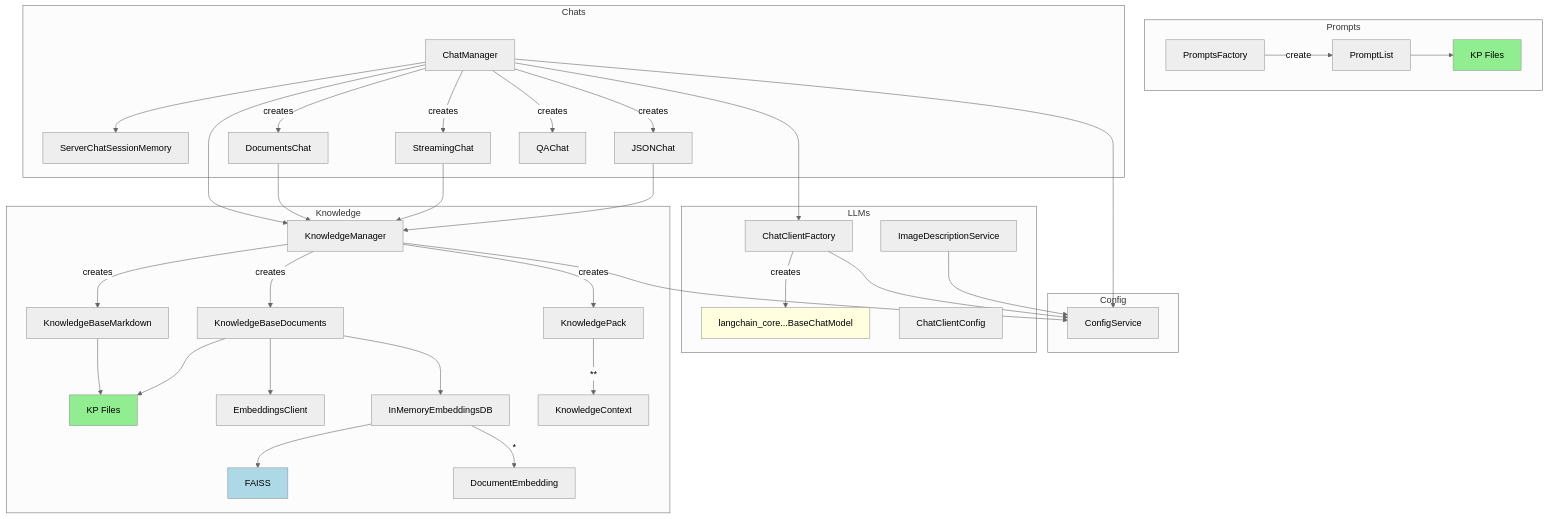
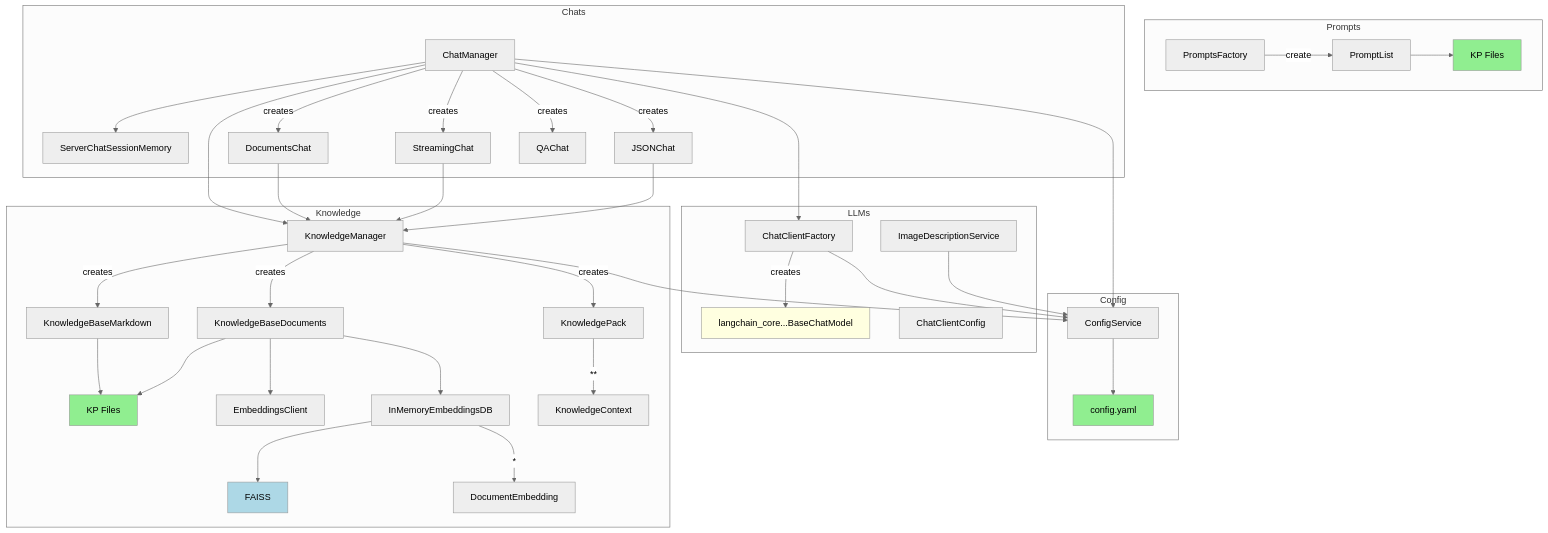
The first of 2 diagrams in docs/design.md (tw-haiven/haiven), drawn with Mermaid before and after one commit. The commit also changed other lines of this file, not shown here.

Commit message:
docs: Add config.yaml to overview

````diff
--- a/docs/design.md
+++ b/docs/design.md
@@ -8,67 +12,68 @@
 ```mermaid
 %%{init: {'theme': 'neutral' } }%%
 
 graph TD;
 
     subgraph Config
         ConfigService
+        ConfigService --> FilesystemConfig[config.yaml]
     end
 
     subgraph LLMs
         ChatClientFactory --> |creates| BaseChatModel[langchain_core...BaseChatModel]
         ChatClientConfig
         ImageDescriptionService
     end
 
     ChatClientFactory --> ConfigService
 
-    
     subgraph Knowledge
         KnowledgeManager
         KnowledgeManager --> |creates| KnowledgeBaseMarkdown
         
         KnowledgeBaseMarkdown --> FilesystemKnowledge[KP Files]
         KnowledgeManager --> |creates| KnowledgeBaseDocuments
         KnowledgeManager --> |creates| KnowledgePack
         KnowledgeBaseDocuments --> FilesystemKnowledge
         KnowledgeBaseDocuments --> EmbeddingsClient
         KnowledgeBaseDocuments --> InMemoryEmbeddingsDB
         InMemoryEmbeddingsDB --> FAISS
         
         InMemoryEmbeddingsDB --> |*| DocumentEmbedding
         KnowledgePack -->|**| KnowledgeContext
     end
 
     KnowledgeManager --> ConfigService
 
     subgraph Prompts
         PromptsFactory --> |create| PromptList
         PromptList --> FilesystemPrompts[KP Files]
     end
 
     subgraph Chats
         ChatManager
         ChatManager --> ServerChatSessionMemory
         
         ChatManager --> |creates| DocumentsChat
         ChatManager --> |creates| JSONChat
         ChatManager --> |creates| StreamingChat
         ChatManager --> |creates| QAChat
     end
 
     ChatManager --> ConfigService
     ChatManager --> ChatClientFactory
     ChatManager --> KnowledgeManager
 
     DocumentsChat --> KnowledgeManager
     StreamingChat --> KnowledgeManager
     JSONChat --> KnowledgeManager
 
     ImageDescriptionService --> ConfigService
 
     style BaseChatModel fill:lightyellow
     style FilesystemPrompts fill:lightgreen
     style FilesystemKnowledge fill:lightgreen
+    style FilesystemConfig fill:lightgreen
     style FAISS fill:lightblue
     
 ```
````
